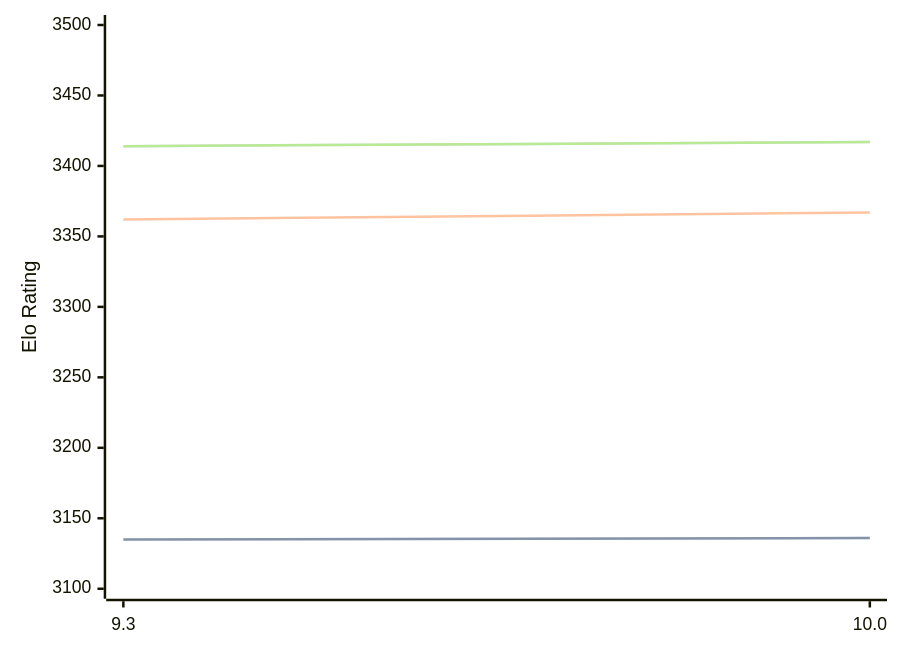
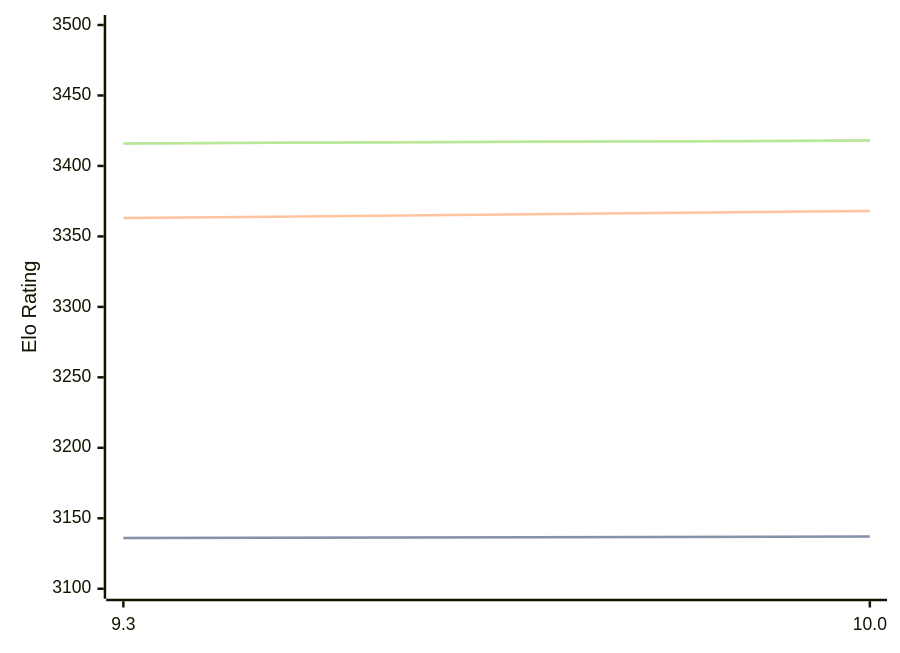
Before and after one commit to computer-chess-index/cci: the diagram in engines/Fire.md, drawn with Mermaid. The commit also changed other lines of this file, not shown here.

Commit message:
Update CCI Ratings (ELO VLTC) - 2026-08-15

````diff
--- a/engines/Fire.md
+++ b/engines/Fire.md
@@ -32,11 +32,11 @@
 ```mermaid
 %%{init: {"theme":"base","themeVariables":{"seriesColors:['#a3a3a3','#222221','#faa371']}}}%%
 xychart-beta
   x-axis ["9.3", "10.0"]
   y-axis "Elo Rating" 3100 --> 3500
-  line "STC (8.0+0.08s)" [3135, 3136]
-  line "STC (8.0+0.08s)" [3135, 3136]
-  line "LTC (60.0+0.60s)" [3362, 3367]
-  line "VLTC (2m24s+1.12s)" [3414, 3417]
-  line "VLTC (2m24s+1.12s)" [3414, 3417]
+  line "STC (8.0+0.08s)" [3136, 3137]
+  line "STC (8.0+0.08s)" [3136, 3137]
+  line "LTC (60.0+0.60s)" [3363, 3368]
+  line "VLTC (2m24s+1.12s)" [3416, 3418]
+  line "VLTC (2m24s+1.12s)" [3416, 3418]
 ```
````
